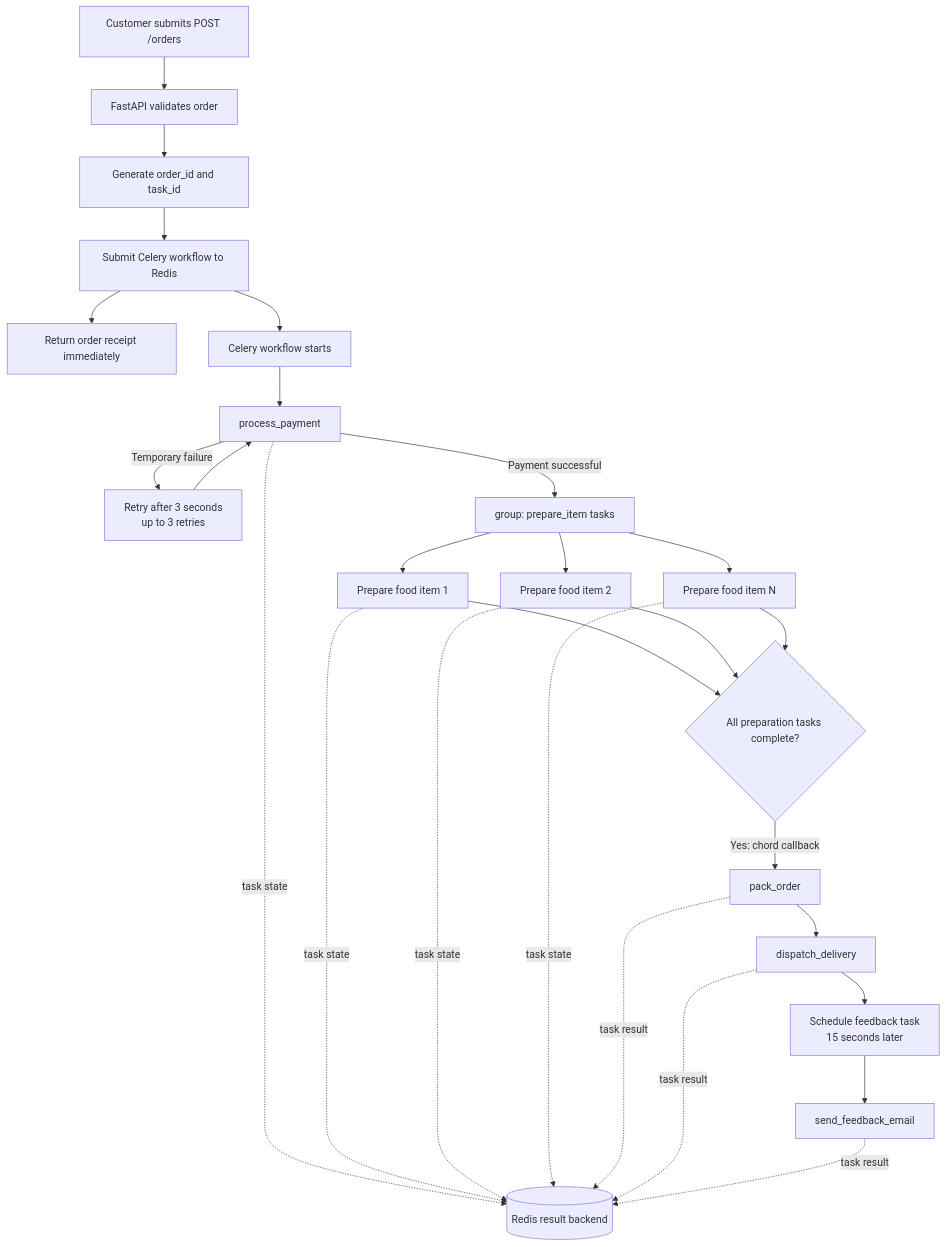
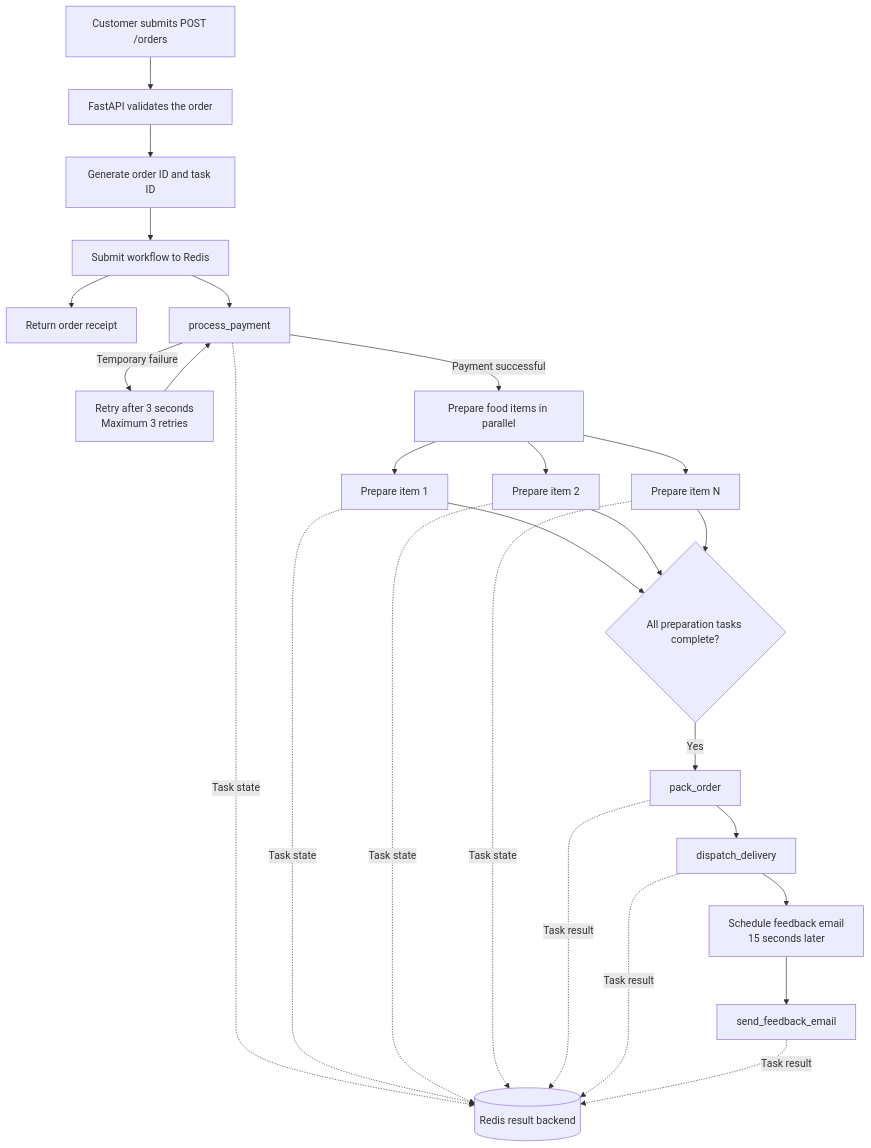
The second of 2 diagrams in README.md (gowripriya521/fastapi-celery-redis-order-tracker), drawn with Mermaid before and after one commit. The commit also changed other lines of this file, not shown here.

Commit message:
Improve Mermaid diagrams in README

````diff
--- a/README.md
+++ b/README.md
@@ -114,33 +107,38 @@
-``` mermaid
+```mermaid
 flowchart TD
-    A[Customer submits POST /orders] --> B[FastAPI validates order]
-    B --> C[Generate order_id and task_id]
-    C --> D[Submit Celery workflow to Redis]
-    D --> E[Return order receipt immediately]
+    Start["Customer submits POST /orders"]
+    Validate["FastAPI validates the order"]
+    IDs["Generate order ID and task ID"]
+    Queue["Submit workflow to Redis"]
+    Response["Return order receipt"]
 
-    D --> F[Celery workflow starts]
-    F --> G[process_payment]
-    G -->|Temporary failure| H[Retry after 3 seconds<br/>up to 3 retries]
-    H --> G
-    G -->|Payment successful| I[group: prepare_item tasks]
+    Start --> Validate --> IDs --> Queue --> Response
 
-    I --> J[Prepare food item 1]
-    I --> K[Prepare food item 2]
-    I --> L[Prepare food item N]
+    Queue --> Payment["process_payment"]
 
-    J --> M{All preparation tasks complete?}
-    K --> M
-    L --> M
-    M -->|Yes: chord callback| N[pack_order]
-    N --> O[dispatch_delivery]
-    O --> P[Schedule feedback task<br/>15 seconds later]
-    P --> Q[send_feedback_email]
+    Payment -->|"Temporary failure"| Retry["Retry after 3 seconds<br/>Maximum 3 retries"]
+    Retry --> Payment
+    Payment -->|"Payment successful"| Group["Prepare food items in parallel"]
 
-    G -. task state .-> R[(Redis result backend)]
-    J -. task state .-> R
-    K -. task state .-> R
-    L -. task state .-> R
-    N -. task result .-> R
-    O -. task result .-> R
-    Q -. task result .-> R
+    Group --> Item1["Prepare item 1"]
+    Group --> Item2["Prepare item 2"]
+    Group --> ItemN["Prepare item N"]
+
+    Item1 --> Wait{"All preparation tasks complete?"}
+    Item2 --> Wait
+    ItemN --> Wait
+
+    Wait -->|"Yes"| Pack["pack_order"]
+    Pack --> Dispatch["dispatch_delivery"]
+    Dispatch --> Schedule["Schedule feedback email<br/>15 seconds later"]
+    Schedule --> Feedback["send_feedback_email"]
+
+    Backend[("Redis result backend")]
+    Payment -. "Task state" .-> Backend
+    Item1 -. "Task state" .-> Backend
+    Item2 -. "Task state" .-> Backend
+    ItemN -. "Task state" .-> Backend
+    Pack -. "Task result" .-> Backend
+    Dispatch -. "Task result" .-> Backend
+    Feedback -. "Task result" .-> Backend
 ```
````
